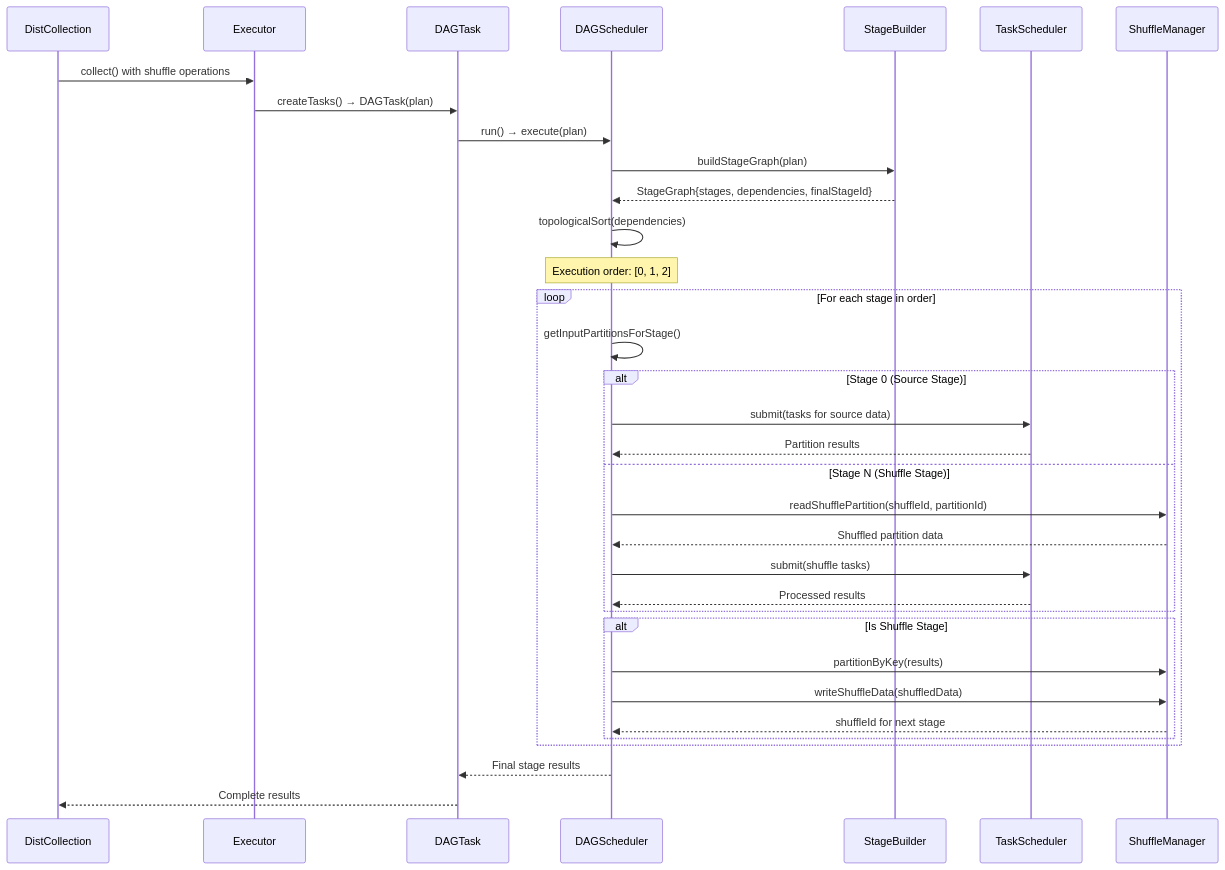
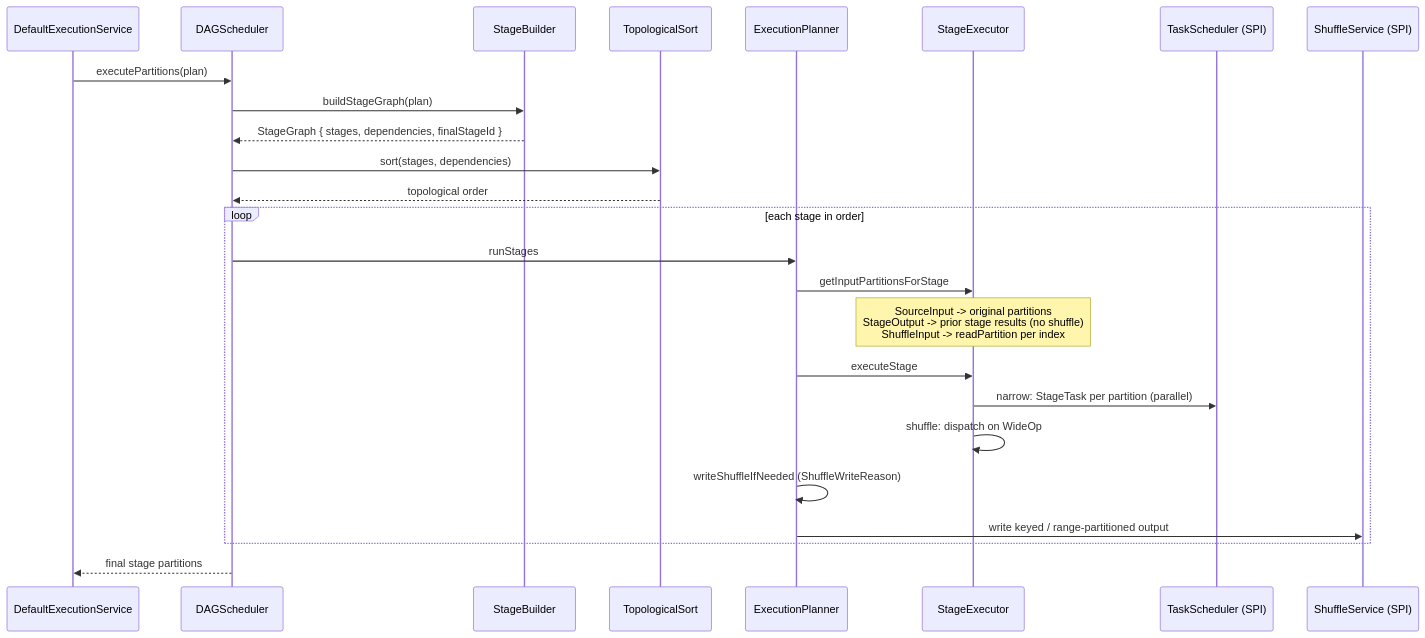
The diagram in docs/DAGScheduler.md (ewoodbury/scarlet), drawn with Mermaid before and after one commit. The commit also changed other lines of this file and 20 other files, not shown here.

````diff
--- a/docs/DAGScheduler.md
+++ b/docs/DAGScheduler.md
@@ -120,41 +18,28 @@
 ```mermaid
 sequenceDiagram
-    participant User as DistCollection
-    participant Exec as Executor
-    participant DAGTask as DAGTask
-    participant DAG as DAGScheduler  
+    participant DES as DefaultExecutionService
+    participant DAG as DAGScheduler
     participant SB as StageBuilder
-    participant TS as TaskScheduler
-    participant SM as ShuffleManager
-    
-    User->>Exec: collect() with shuffle operations
-    Exec->>DAGTask: createTasks() → DAGTask(plan)
-    DAGTask->>DAG: run() → execute(plan)
+    participant TS as TopologicalSort
+    participant EP as ExecutionPlanner
+    participant SE as StageExecutor
+    participant SCH as TaskScheduler (SPI)
+    participant SH as ShuffleService (SPI)
+
+    DES->>DAG: executePartitions(plan)
     DAG->>SB: buildStageGraph(plan)
-    SB-->>DAG: StageGraph{stages, dependencies, finalStageId}
-    
-    DAG->>DAG: topologicalSort(dependencies)
-    Note over DAG: Execution order: [0, 1, 2]
-    
-    loop For each stage in order
-        DAG->>DAG: getInputPartitionsForStage()
-        alt Stage 0 (Source Stage)
-            DAG->>TS: submit(tasks for source data)
-            TS-->>DAG: Partition results
-        else Stage N (Shuffle Stage)  
-            DAG->>SM: readShufflePartition(shuffleId, partitionId)
-            SM-->>DAG: Shuffled partition data
-            DAG->>TS: submit(shuffle tasks)
-            TS-->>DAG: Processed results
-        end
-        
-        alt Is Shuffle Stage
-            DAG->>SM: partitionByKey(results)
-            DAG->>SM: writeShuffleData(shuffledData)
-            SM-->>DAG: shuffleId for next stage
-        end
+    SB-->>DAG: StageGraph { stages, dependencies, finalStageId }
+    DAG->>TS: sort(stages, dependencies)
+    TS-->>DAG: topological order
+    loop each stage in order
+        DAG->>EP: runStages
+        EP->>SE: getInputPartitionsForStage
+        Note over SE: SourceInput -> original partitions<br/>StageOutput -> prior stage results (no shuffle)<br/>ShuffleInput -> readPartition per index
+        EP->>SE: executeStage
+        SE->>SCH: narrow: StageTask per partition (parallel)
+        SE->>SE: shuffle: dispatch on WideOp
+        EP->>EP: writeShuffleIfNeeded (ShuffleWriteReason)
+        EP->>SH: write keyed / range-partitioned output
     end
-    
-    DAG-->>DAGTask: Final stage results
-    DAGTask-->>User: Complete results
+    DAG-->>DES: final stage partitions
 ```
````
